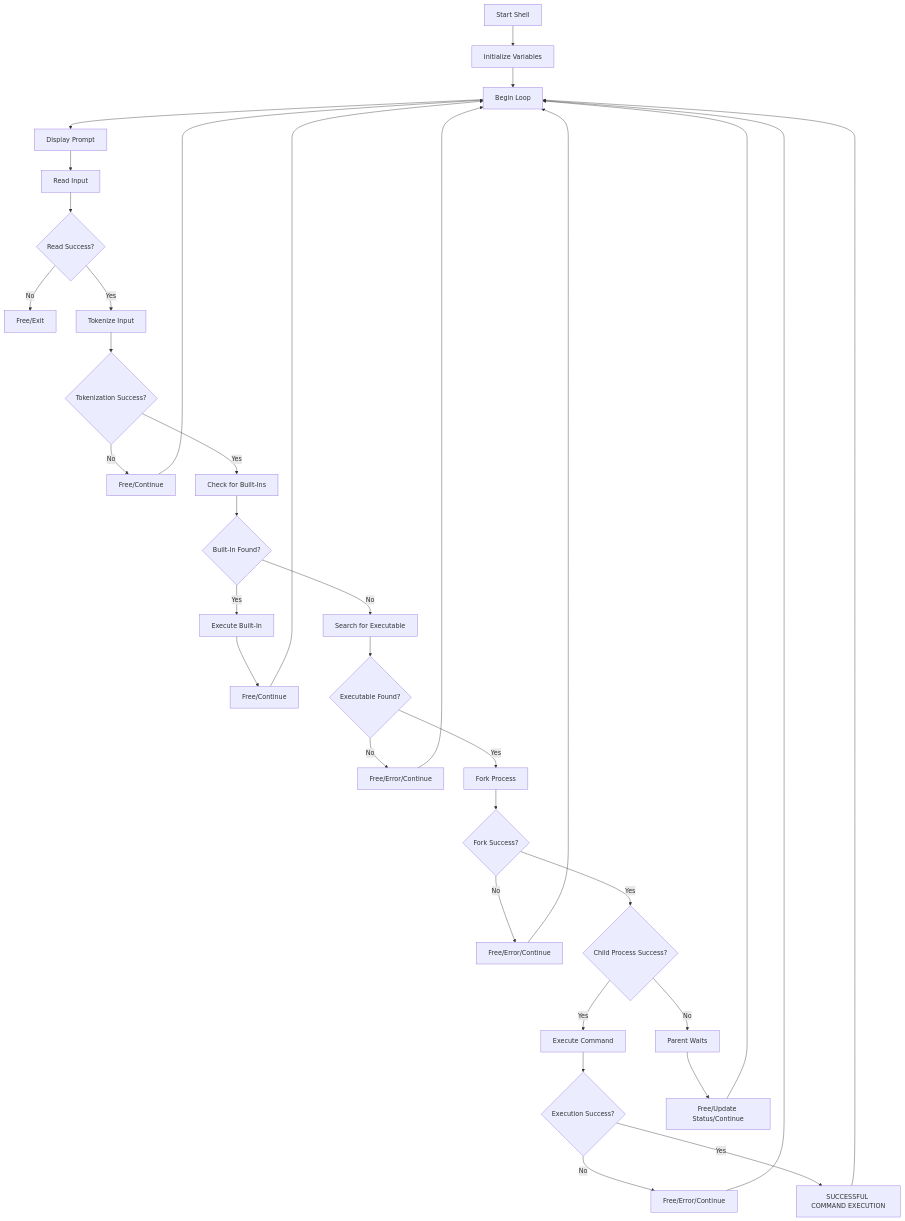
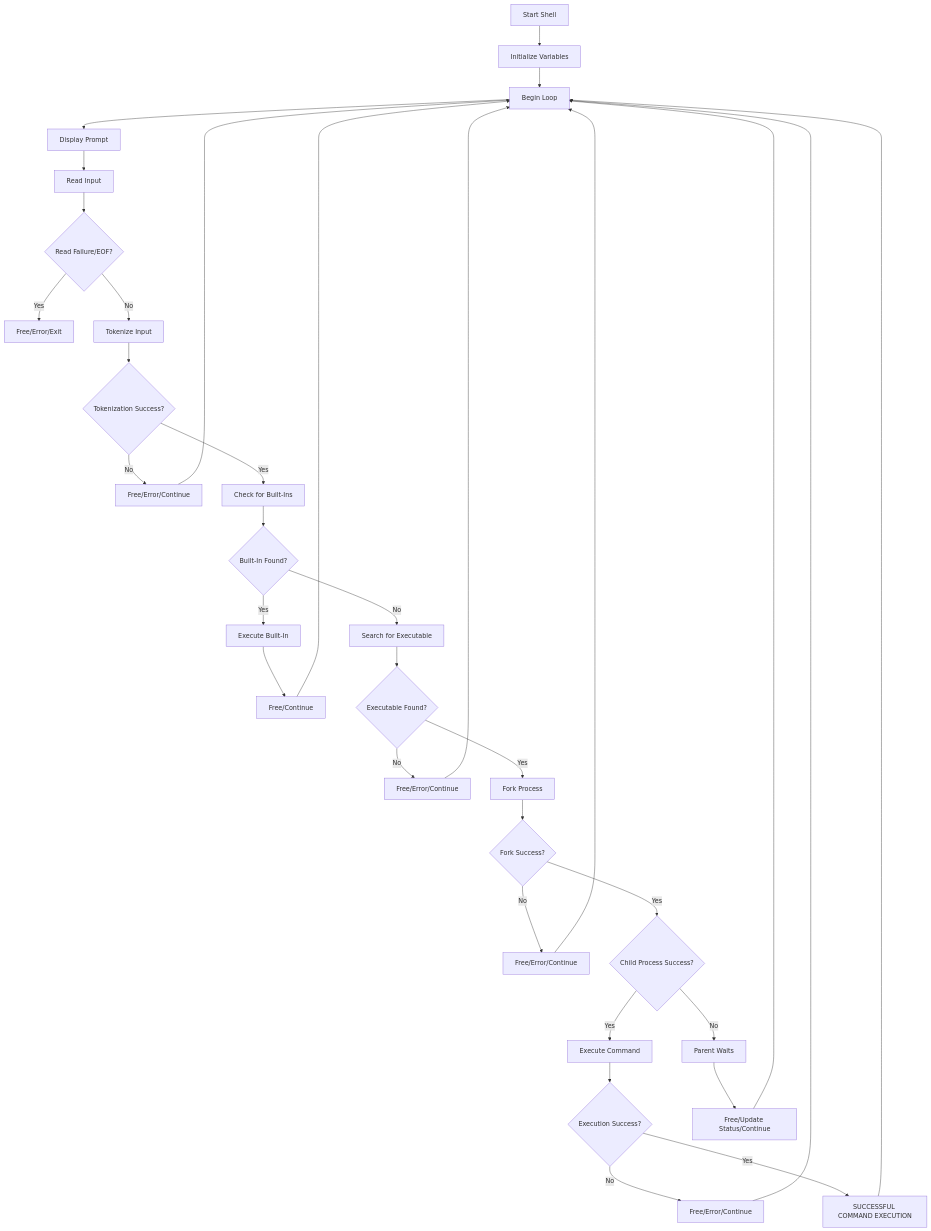
One commit to seer9/atlas-simple_shell changed the diagram in README.md. Above: the diagram before and after it, drawn with Mermaid.

````diff
--- a/README.md
+++ b/README.md
@@ -20,36 +20,36 @@
 ```mermaid
 flowchart TB
 	A[Start Shell] --> B[Initialize Variables]
 	B --> C[Begin Loop]
 	C --> D[Display Prompt]
 	D --> E[Read Input]
-	E --> F{Read Success?}
-	F -- No --> G[Free/Exit]
-	F -- Yes --> H[Tokenize Input]
+	E --> F{Read Failure/EOF?}
+	F -- Yes --> G[Free/Error/Exit]
+	F -- No --> H[Tokenize Input]
 	H --> I{Tokenization Success?}
-	I -- No --> J[Free/Continue]
+	I -- No --> J[Free/Error/Continue]
 	I -- Yes --> K[Check for Built-Ins]
 	K --> L{Built-In Found?}
 	L -- Yes --> M[Execute Built-In]
 	M --> N[Free/Continue]
 	L -- No --> O[Search for Executable]
 	O --> P{Executable Found?}
 	P -- No --> Q[Free/Error/Continue]
 	P -- Yes --> R[Fork Process]
 	R --> S{Fork Success?}
 	S -- No --> T[Free/Error/Continue]
 	S -- Yes --> U{Child Process Success?}
 	U -- Yes --> V[Execute Command]
 	V --> W{Execution Success?}
 	W -- No --> X[Free/Error/Continue]
 	W -- Yes --> Y[SUCCESSFUL COMMAND EXECUTION]
 	U -- No --> Z[Parent Waits]
 	Z --> AA[Free/Update Status/Continue]
 	AA --> C
 	J --> C
 	N --> C
 	Q --> C
 	T --> C
 	X --> C
 	Y --> C
 ```
````
